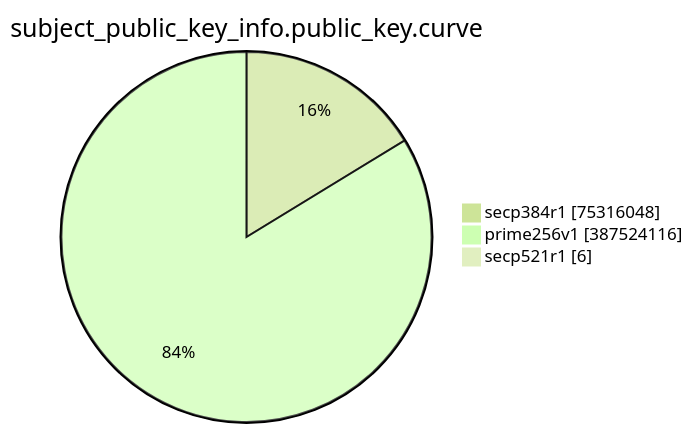
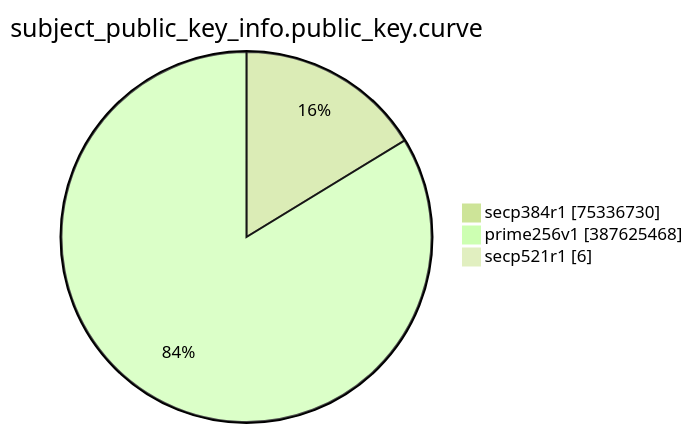
The eighth of 15 diagrams in TOTAL/README.md (christiankrug/ctmonitor_visualization), drawn with Mermaid (forest theme) before and after one commit. The commit also changed other lines of this file, not shown here.

````diff
--- a/TOTAL/README.md
+++ b/TOTAL/README.md
@@ -3094,7 +3094,7 @@
 ```mermaid
 pie showData
 title subject_public_key_info.public_key.curve
-"secp384r1" :75316048
-"prime256v1" :387524116
+"secp384r1" :75336730
+"prime256v1" :387625468
 "secp521r1" :6
 ```
````
